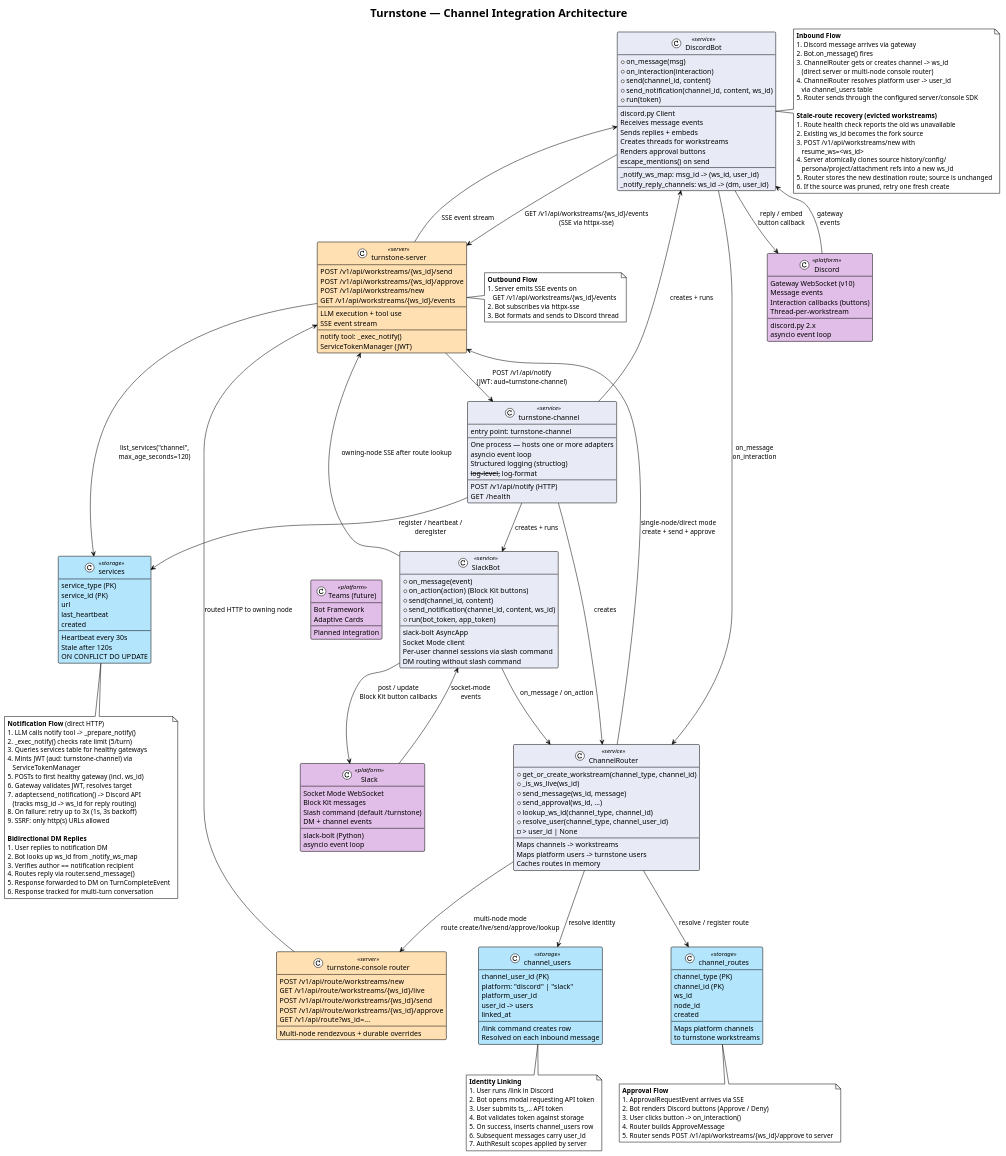
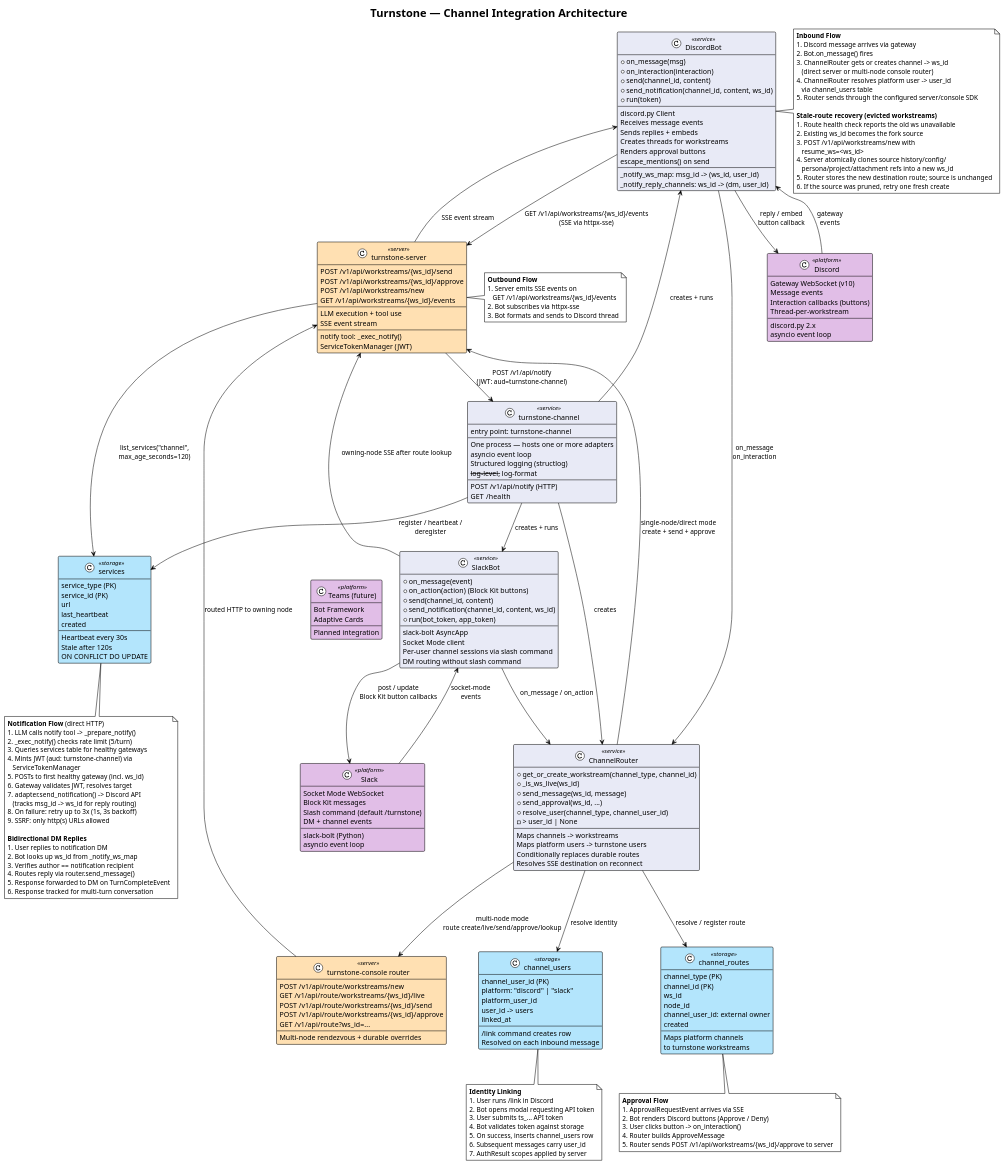
Before and after one commit to turnstonelabs/turnstone: the diagram in docs/diagrams/16-channel-architecture.puml, drawn with PlantUML. The commit also changed 33 other files, not shown here.

```diff
--- a/docs/diagrams/16-channel-architecture.puml
+++ b/docs/diagrams/16-channel-architecture.puml
@@ -86,13 +86,13 @@
     +_is_ws_live(ws_id)
     +send_message(ws_id, message)
     +send_approval(ws_id, ...)
-    +lookup_ws_id(channel_type, channel_id)
     +resolve_user(channel_type, channel_user_id)
         -> user_id | None
     --
     Maps channels -> workstreams
     Maps platform users -> turnstone users
-    Caches routes in memory
+    Conditionally replaces durable routes
+    Resolves SSE destination on reconnect
 }
 
 class "turnstone-console router" as ConsoleRouter <<server>> {
@@ -136,6 +136,7 @@
     channel_id (PK)
     ws_id
     node_id
+    channel_user_id: external owner
     created
     --
     Maps platform channels
```
